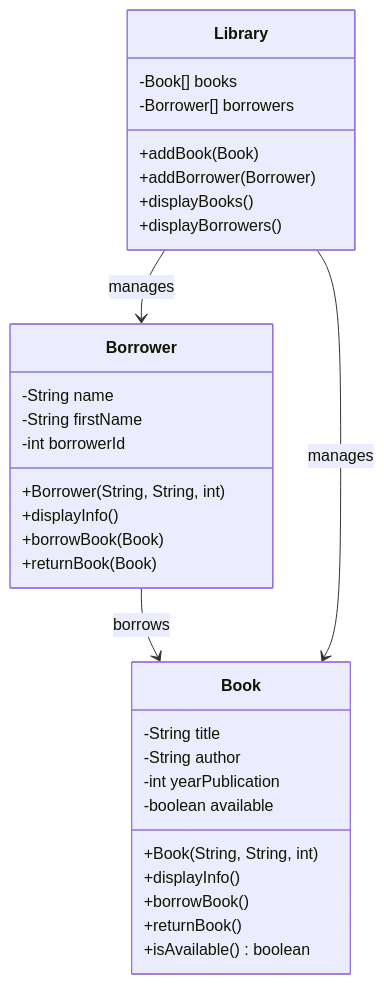
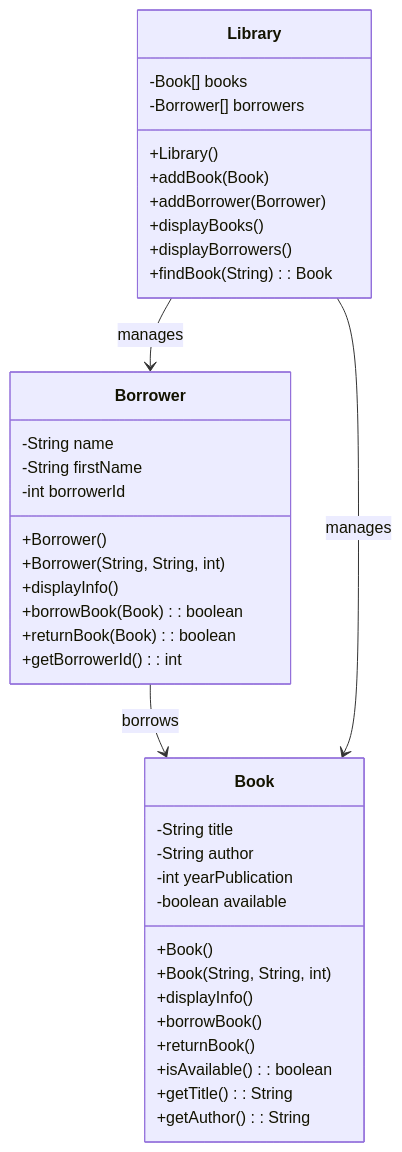
The third of 5 diagrams in README.md (Lagmouchyoussef/java-oop-bank-library), drawn with Mermaid before and after one commit. The commit also changed other lines of this file, not shown here.

````diff
--- a/README.md
+++ b/README.md
@@ -322,37 +662,44 @@
 ```mermaid
 classDiagram
     class Book {
         -String title
         -String author
         -int yearPublication
         -boolean available
+        +Book()
         +Book(String, String, int)
         +displayInfo()
         +borrowBook()
         +returnBook()
-        +isAvailable() boolean
+        +isAvailable(): boolean
+        +getTitle(): String
+        +getAuthor(): String
     }
 
     class Borrower {
         -String name
         -String firstName
         -int borrowerId
+        +Borrower()
         +Borrower(String, String, int)
         +displayInfo()
-        +borrowBook(Book)
-        +returnBook(Book)
+        +borrowBook(Book): boolean
+        +returnBook(Book): boolean
+        +getBorrowerId(): int
     }
 
     class Library {
         -Book[] books
         -Borrower[] borrowers
+        +Library()
         +addBook(Book)
         +addBorrower(Borrower)
         +displayBooks()
         +displayBorrowers()
+        +findBook(String): Book
     }
 
     Borrower --> Book : borrows
     Library --> Book : manages
     Library --> Borrower : manages
 ```
````
